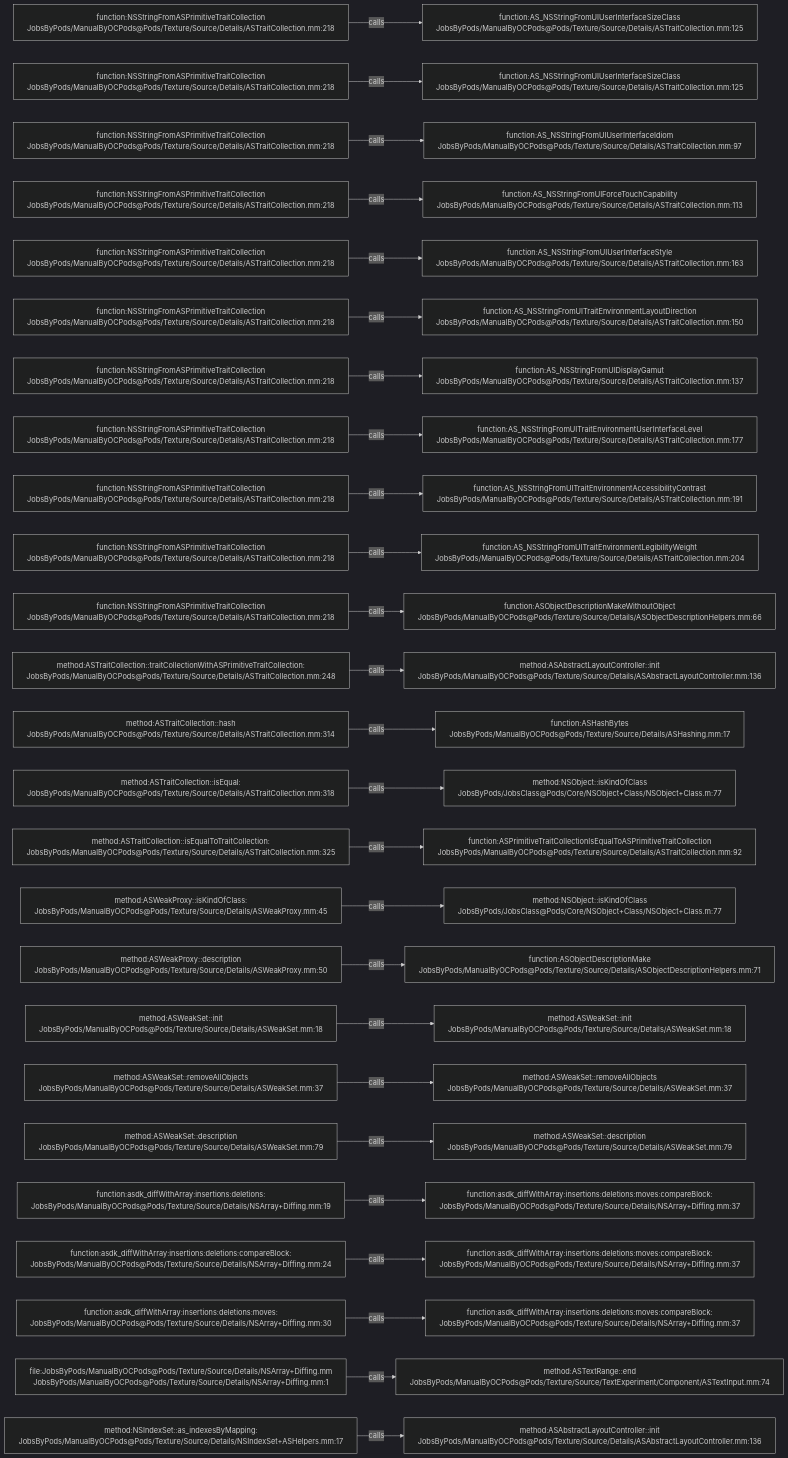
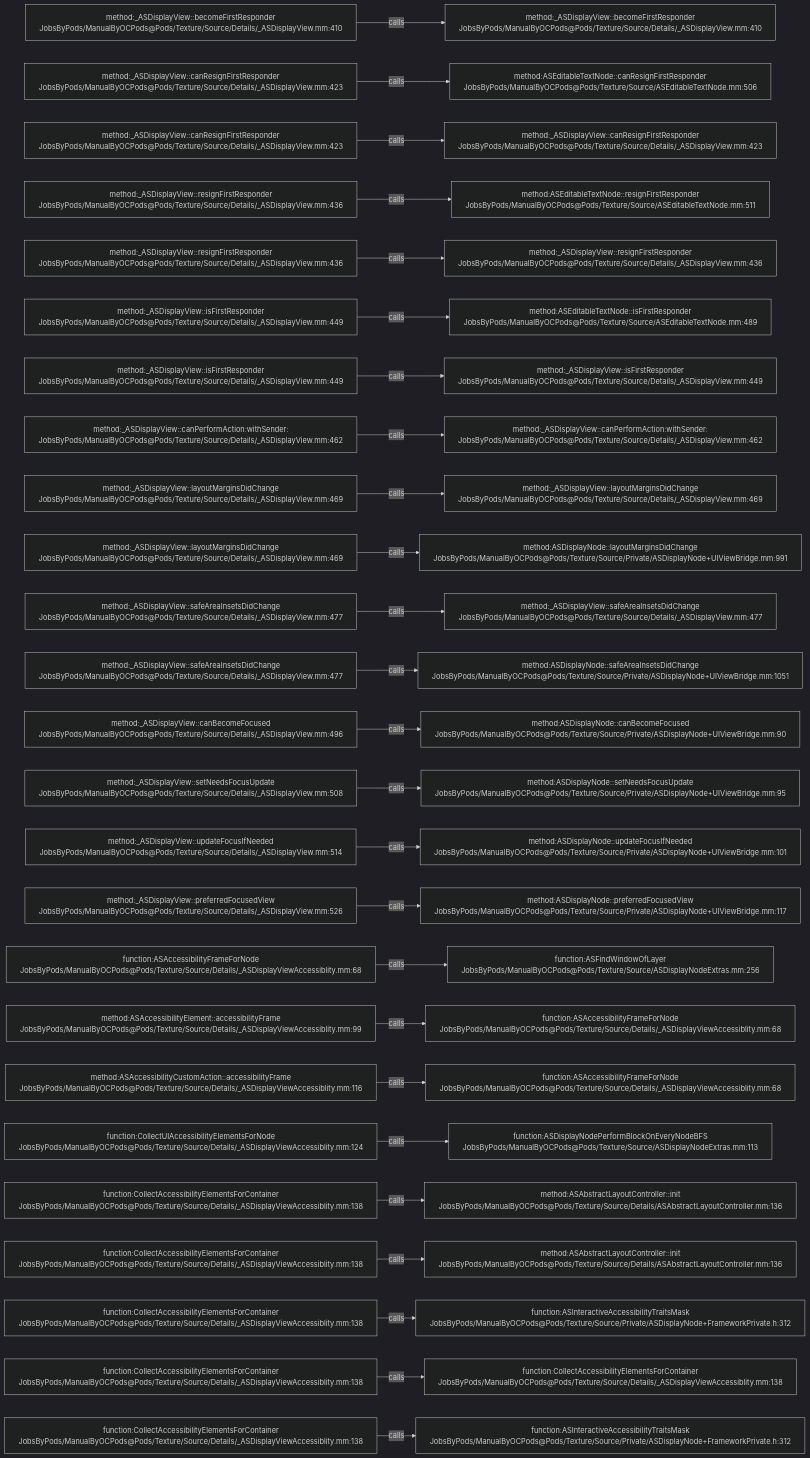
One commit to JobsKits/JobsOCBaseConfigDemo changed the diagram in .codegraph/codegraph.md/graphs/calls-165.md. Above: the diagram before and after it, drawn with Mermaid (dark theme). The commit also changed 1448 other files, not shown here.

````diff
--- a/.codegraph/codegraph.md/graphs/calls-165.md
+++ b/.codegraph/codegraph.md/graphs/calls-165.md
@@ -13,78 +13,78 @@
 ```mermaid
 flowchart LR
-  S1["function:NSStringFromASPrimitiveTraitCollection<br/>JobsByPods/ManualByOCPods@Pods/Texture/Source/Details/ASTraitCollection.mm:218"]
-  T1["function:AS_NSStringFromUIUserInterfaceSizeClass<br/>JobsByPods/ManualByOCPods@Pods/Texture/Source/Details/ASTraitCollection.mm:125"]
+  S1["method:_ASDisplayView::becomeFirstResponder<br/>JobsByPods/ManualByOCPods@Pods/Texture/Source/Details/_ASDisplayView.mm:410"]
+  T1["method:_ASDisplayView::becomeFirstResponder<br/>JobsByPods/ManualByOCPods@Pods/Texture/Source/Details/_ASDisplayView.mm:410"]
   S1 -->|calls| T1
-  S2["function:NSStringFromASPrimitiveTraitCollection<br/>JobsByPods/ManualByOCPods@Pods/Texture/Source/Details/ASTraitCollection.mm:218"]
-  T2["function:AS_NSStringFromUIUserInterfaceSizeClass<br/>JobsByPods/ManualByOCPods@Pods/Texture/Source/Details/ASTraitCollection.mm:125"]
+  S2["method:_ASDisplayView::canResignFirstResponder<br/>JobsByPods/ManualByOCPods@Pods/Texture/Source/Details/_ASDisplayView.mm:423"]
+  T2["method:ASEditableTextNode::canResignFirstResponder<br/>JobsByPods/ManualByOCPods@Pods/Texture/Source/ASEditableTextNode.mm:506"]
   S2 -->|calls| T2
-  S3["function:NSStringFromASPrimitiveTraitCollection<br/>JobsByPods/ManualByOCPods@Pods/Texture/Source/Details/ASTraitCollection.mm:218"]
-  T3["function:AS_NSStringFromUIUserInterfaceIdiom<br/>JobsByPods/ManualByOCPods@Pods/Texture/Source/Details/ASTraitCollection.mm:97"]
+  S3["method:_ASDisplayView::canResignFirstResponder<br/>JobsByPods/ManualByOCPods@Pods/Texture/Source/Details/_ASDisplayView.mm:423"]
+  T3["method:_ASDisplayView::canResignFirstResponder<br/>JobsByPods/ManualByOCPods@Pods/Texture/Source/Details/_ASDisplayView.mm:423"]
   S3 -->|calls| T3
-  S4["function:NSStringFromASPrimitiveTraitCollection<br/>JobsByPods/ManualByOCPods@Pods/Texture/Source/Details/ASTraitCollection.mm:218"]
-  T4["function:AS_NSStringFromUIForceTouchCapability<br/>JobsByPods/ManualByOCPods@Pods/Texture/Source/Details/ASTraitCollection.mm:113"]
+  S4["method:_ASDisplayView::resignFirstResponder<br/>JobsByPods/ManualByOCPods@Pods/Texture/Source/Details/_ASDisplayView.mm:436"]
+  T4["method:ASEditableTextNode::resignFirstResponder<br/>JobsByPods/ManualByOCPods@Pods/Texture/Source/ASEditableTextNode.mm:511"]
   S4 -->|calls| T4
-  S5["function:NSStringFromASPrimitiveTraitCollection<br/>JobsByPods/ManualByOCPods@Pods/Texture/Source/Details/ASTraitCollection.mm:218"]
-  T5["function:AS_NSStringFromUIUserInterfaceStyle<br/>JobsByPods/ManualByOCPods@Pods/Texture/Source/Details/ASTraitCollection.mm:163"]
+  S5["method:_ASDisplayView::resignFirstResponder<br/>JobsByPods/ManualByOCPods@Pods/Texture/Source/Details/_ASDisplayView.mm:436"]
+  T5["method:_ASDisplayView::resignFirstResponder<br/>JobsByPods/ManualByOCPods@Pods/Texture/Source/Details/_ASDisplayView.mm:436"]
   S5 -->|calls| T5
-  S6["function:NSStringFromASPrimitiveTraitCollection<br/>JobsByPods/ManualByOCPods@Pods/Texture/Source/Details/ASTraitCollection.mm:218"]
-  T6["function:AS_NSStringFromUITraitEnvironmentLayoutDirection<br/>JobsByPods/ManualByOCPods@Pods/Texture/Source/Details/ASTraitCollection.mm:150"]
+  S6["method:_ASDisplayView::isFirstResponder<br/>JobsByPods/ManualByOCPods@Pods/Texture/Source/Details/_ASDisplayView.mm:449"]
+  T6["method:ASEditableTextNode::isFirstResponder<br/>JobsByPods/ManualByOCPods@Pods/Texture/Source/ASEditableTextNode.mm:489"]
   S6 -->|calls| T6
-  S7["function:NSStringFromASPrimitiveTraitCollection<br/>JobsByPods/ManualByOCPods@Pods/Texture/Source/Details/ASTraitCollection.mm:218"]
-  T7["function:AS_NSStringFromUIDisplayGamut<br/>JobsByPods/ManualByOCPods@Pods/Texture/Source/Details/ASTraitCollection.mm:137"]
+  S7["method:_ASDisplayView::isFirstResponder<br/>JobsByPods/ManualByOCPods@Pods/Texture/Source/Details/_ASDisplayView.mm:449"]
+  T7["method:_ASDisplayView::isFirstResponder<br/>JobsByPods/ManualByOCPods@Pods/Texture/Source/Details/_ASDisplayView.mm:449"]
   S7 -->|calls| T7
-  S8["function:NSStringFromASPrimitiveTraitCollection<br/>JobsByPods/ManualByOCPods@Pods/Texture/Source/Details/ASTraitCollection.mm:218"]
-  T8["function:AS_NSStringFromUITraitEnvironmentUserInterfaceLevel<br/>JobsByPods/ManualByOCPods@Pods/Texture/Source/Details/ASTraitCollection.mm:177"]
+  S8["method:_ASDisplayView::canPerformAction:withSender:<br/>JobsByPods/ManualByOCPods@Pods/Texture/Source/Details/_ASDisplayView.mm:462"]
+  T8["method:_ASDisplayView::canPerformAction:withSender:<br/>JobsByPods/ManualByOCPods@Pods/Texture/Source/Details/_ASDisplayView.mm:462"]
   S8 -->|calls| T8
-  S9["function:NSStringFromASPrimitiveTraitCollection<br/>JobsByPods/ManualByOCPods@Pods/Texture/Source/Details/ASTraitCollection.mm:218"]
-  T9["function:AS_NSStringFromUITraitEnvironmentAccessibilityContrast<br/>JobsByPods/ManualByOCPods@Pods/Texture/Source/Details/ASTraitCollection.mm:191"]
+  S9["method:_ASDisplayView::layoutMarginsDidChange<br/>JobsByPods/ManualByOCPods@Pods/Texture/Source/Details/_ASDisplayView.mm:469"]
+  T9["method:_ASDisplayView::layoutMarginsDidChange<br/>JobsByPods/ManualByOCPods@Pods/Texture/Source/Details/_ASDisplayView.mm:469"]
   S9 -->|calls| T9
-  S10["function:NSStringFromASPrimitiveTraitCollection<br/>JobsByPods/ManualByOCPods@Pods/Texture/Source/Details/ASTraitCollection.mm:218"]
-  T10["function:AS_NSStringFromUITraitEnvironmentLegibilityWeight<br/>JobsByPods/ManualByOCPods@Pods/Texture/Source/Details/ASTraitCollection.mm:204"]
+  S10["method:_ASDisplayView::layoutMarginsDidChange<br/>JobsByPods/ManualByOCPods@Pods/Texture/Source/Details/_ASDisplayView.mm:469"]
+  T10["method:ASDisplayNode::layoutMarginsDidChange<br/>JobsByPods/ManualByOCPods@Pods/Texture/Source/Private/ASDisplayNode+UIViewBridge.mm:991"]
   S10 -->|calls| T10
-  S11["function:NSStringFromASPrimitiveTraitCollection<br/>JobsByPods/ManualByOCPods@Pods/Texture/Source/Details/ASTraitCollection.mm:218"]
-  T11["function:ASObjectDescriptionMakeWithoutObject<br/>JobsByPods/ManualByOCPods@Pods/Texture/Source/Details/ASObjectDescriptionHelpers.mm:66"]
+  S11["method:_ASDisplayView::safeAreaInsetsDidChange<br/>JobsByPods/ManualByOCPods@Pods/Texture/Source/Details/_ASDisplayView.mm:477"]
+  T11["method:_ASDisplayView::safeAreaInsetsDidChange<br/>JobsByPods/ManualByOCPods@Pods/Texture/Source/Details/_ASDisplayView.mm:477"]
   S11 -->|calls| T11
-  S12["method:ASTraitCollection::traitCollectionWithASPrimitiveTraitCollection:<br/>JobsByPods/ManualByOCPods@Pods/Texture/Source/Details/ASTraitCollection.mm:248"]
-  T12["method:ASAbstractLayoutController::init<br/>JobsByPods/ManualByOCPods@Pods/Texture/Source/Details/ASAbstractLayoutController.mm:136"]
+  S12["method:_ASDisplayView::safeAreaInsetsDidChange<br/>JobsByPods/ManualByOCPods@Pods/Texture/Source/Details/_ASDisplayView.mm:477"]
+  T12["method:ASDisplayNode::safeAreaInsetsDidChange<br/>JobsByPods/ManualByOCPods@Pods/Texture/Source/Private/ASDisplayNode+UIViewBridge.mm:1051"]
   S12 -->|calls| T12
-  S13["method:ASTraitCollection::hash<br/>JobsByPods/ManualByOCPods@Pods/Texture/Source/Details/ASTraitCollection.mm:314"]
-  T13["function:ASHashBytes<br/>JobsByPods/ManualByOCPods@Pods/Texture/Source/Details/ASHashing.mm:17"]
+  S13["method:_ASDisplayView::canBecomeFocused<br/>JobsByPods/ManualByOCPods@Pods/Texture/Source/Details/_ASDisplayView.mm:496"]
+  T13["method:ASDisplayNode::canBecomeFocused<br/>JobsByPods/ManualByOCPods@Pods/Texture/Source/Private/ASDisplayNode+UIViewBridge.mm:90"]
   S13 -->|calls| T13
-  S14["method:ASTraitCollection::isEqual:<br/>JobsByPods/ManualByOCPods@Pods/Texture/Source/Details/ASTraitCollection.mm:318"]
-  T14["method:NSObject::isKindOfClass<br/>JobsByPods/JobsClass@Pods/Core/NSObject+Class/NSObject+Class.m:77"]
+  S14["method:_ASDisplayView::setNeedsFocusUpdate<br/>JobsByPods/ManualByOCPods@Pods/Texture/Source/Details/_ASDisplayView.mm:508"]
+  T14["method:ASDisplayNode::setNeedsFocusUpdate<br/>JobsByPods/ManualByOCPods@Pods/Texture/Source/Private/ASDisplayNode+UIViewBridge.mm:95"]
   S14 -->|calls| T14
-  S15["method:ASTraitCollection::isEqualToTraitCollection:<br/>JobsByPods/ManualByOCPods@Pods/Texture/Source/Details/ASTraitCollection.mm:325"]
-  T15["function:ASPrimitiveTraitCollectionIsEqualToASPrimitiveTraitCollection<br/>JobsByPods/ManualByOCPods@Pods/Texture/Source/Details/ASTraitCollection.mm:92"]
+  S15["method:_ASDisplayView::updateFocusIfNeeded<br/>JobsByPods/ManualByOCPods@Pods/Texture/Source/Details/_ASDisplayView.mm:514"]
+  T15["method:ASDisplayNode::updateFocusIfNeeded<br/>JobsByPods/ManualByOCPods@Pods/Texture/Source/Private/ASDisplayNode+UIViewBridge.mm:101"]
   S15 -->|calls| T15
-  S16["method:ASWeakProxy::isKindOfClass:<br/>JobsByPods/ManualByOCPods@Pods/Texture/Source/Details/ASWeakProxy.mm:45"]
-  T16["method:NSObject::isKindOfClass<br/>JobsByPods/JobsClass@Pods/Core/NSObject+Class/NSObject+Class.m:77"]
+  S16["method:_ASDisplayView::preferredFocusedView<br/>JobsByPods/ManualByOCPods@Pods/Texture/Source/Details/_ASDisplayView.mm:526"]
+  T16["method:ASDisplayNode::preferredFocusedView<br/>JobsByPods/ManualByOCPods@Pods/Texture/Source/Private/ASDisplayNode+UIViewBridge.mm:117"]
   S16 -->|calls| T16
-  S17["method:ASWeakProxy::description<br/>JobsByPods/ManualByOCPods@Pods/Texture/Source/Details/ASWeakProxy.mm:50"]
-  T17["function:ASObjectDescriptionMake<br/>JobsByPods/ManualByOCPods@Pods/Texture/Source/Details/ASObjectDescriptionHelpers.mm:71"]
+  S17["function:ASAccessibilityFrameForNode<br/>JobsByPods/ManualByOCPods@Pods/Texture/Source/Details/_ASDisplayViewAccessiblity.mm:68"]
+  T17["function:ASFindWindowOfLayer<br/>JobsByPods/ManualByOCPods@Pods/Texture/Source/ASDisplayNodeExtras.mm:256"]
   S17 -->|calls| T17
-  S18["method:ASWeakSet::init<br/>JobsByPods/ManualByOCPods@Pods/Texture/Source/Details/ASWeakSet.mm:18"]
-  T18["method:ASWeakSet::init<br/>JobsByPods/ManualByOCPods@Pods/Texture/Source/Details/ASWeakSet.mm:18"]
+  S18["method:ASAccessibilityElement::accessibilityFrame<br/>JobsByPods/ManualByOCPods@Pods/Texture/Source/Details/_ASDisplayViewAccessiblity.mm:99"]
+  T18["function:ASAccessibilityFrameForNode<br/>JobsByPods/ManualByOCPods@Pods/Texture/Source/Details/_ASDisplayViewAccessiblity.mm:68"]
   S18 -->|calls| T18
-  S19["method:ASWeakSet::removeAllObjects<br/>JobsByPods/ManualByOCPods@Pods/Texture/Source/Details/ASWeakSet.mm:37"]
-  T19["method:ASWeakSet::removeAllObjects<br/>JobsByPods/ManualByOCPods@Pods/Texture/Source/Details/ASWeakSet.mm:37"]
+  S19["method:ASAccessibilityCustomAction::accessibilityFrame<br/>JobsByPods/ManualByOCPods@Pods/Texture/Source/Details/_ASDisplayViewAccessiblity.mm:116"]
+  T19["function:ASAccessibilityFrameForNode<br/>JobsByPods/ManualByOCPods@Pods/Texture/Source/Details/_ASDisplayViewAccessiblity.mm:68"]
   S19 -->|calls| T19
-  S20["method:ASWeakSet::description<br/>JobsByPods/ManualByOCPods@Pods/Texture/Source/Details/ASWeakSet.mm:79"]
-  T20["method:ASWeakSet::description<br/>JobsByPods/ManualByOCPods@Pods/Texture/Source/Details/ASWeakSet.mm:79"]
+  S20["function:CollectUIAccessibilityElementsForNode<br/>JobsByPods/ManualByOCPods@Pods/Texture/Source/Details/_ASDisplayViewAccessiblity.mm:124"]
+  T20["function:ASDisplayNodePerformBlockOnEveryNodeBFS<br/>JobsByPods/ManualByOCPods@Pods/Texture/Source/ASDisplayNodeExtras.mm:113"]
   S20 -->|calls| T20
-  S21["function:asdk_diffWithArray:insertions:deletions:<br/>JobsByPods/ManualByOCPods@Pods/Texture/Source/Details/NSArray+Diffing.mm:19"]
-  T21["function:asdk_diffWithArray:insertions:deletions:moves:compareBlock:<br/>JobsByPods/ManualByOCPods@Pods/Texture/Source/Details/NSArray+Diffing.mm:37"]
+  S21["function:CollectAccessibilityElementsForContainer<br/>JobsByPods/ManualByOCPods@Pods/Texture/Source/Details/_ASDisplayViewAccessiblity.mm:138"]
+  T21["method:ASAbstractLayoutController::init<br/>JobsByPods/ManualByOCPods@Pods/Texture/Source/Details/ASAbstractLayoutController.mm:136"]
   S21 -->|calls| T21
-  S22["function:asdk_diffWithArray:insertions:deletions:compareBlock:<br/>JobsByPods/ManualByOCPods@Pods/Texture/Source/Details/NSArray+Diffing.mm:24"]
-  T22["function:asdk_diffWithArray:insertions:deletions:moves:compareBlock:<br/>JobsByPods/ManualByOCPods@Pods/Texture/Source/Details/NSArray+Diffing.mm:37"]
+  S22["function:CollectAccessibilityElementsForContainer<br/>JobsByPods/ManualByOCPods@Pods/Texture/Source/Details/_ASDisplayViewAccessiblity.mm:138"]
+  T22["method:ASAbstractLayoutController::init<br/>JobsByPods/ManualByOCPods@Pods/Texture/Source/Details/ASAbstractLayoutController.mm:136"]
   S22 -->|calls| T22
-  S23["function:asdk_diffWithArray:insertions:deletions:moves:<br/>JobsByPods/ManualByOCPods@Pods/Texture/Source/Details/NSArray+Diffing.mm:30"]
-  T23["function:asdk_diffWithArray:insertions:deletions:moves:compareBlock:<br/>JobsByPods/ManualByOCPods@Pods/Texture/Source/Details/NSArray+Diffing.mm:37"]
+  S23["function:CollectAccessibilityElementsForContainer<br/>JobsByPods/ManualByOCPods@Pods/Texture/Source/Details/_ASDisplayViewAccessiblity.mm:138"]
+  T23["function:ASInteractiveAccessibilityTraitsMask<br/>JobsByPods/ManualByOCPods@Pods/Texture/Source/Private/ASDisplayNode+FrameworkPrivate.h:312"]
   S23 -->|calls| T23
-  S24["file:JobsByPods/ManualByOCPods@Pods/Texture/Source/Details/NSArray+Diffing.mm<br/>JobsByPods/ManualByOCPods@Pods/Texture/Source/Details/NSArray+Diffing.mm:1"]
-  T24["method:ASTextRange::end<br/>JobsByPods/ManualByOCPods@Pods/Texture/Source/TextExperiment/Component/ASTextInput.mm:74"]
+  S24["function:CollectAccessibilityElementsForContainer<br/>JobsByPods/ManualByOCPods@Pods/Texture/Source/Details/_ASDisplayViewAccessiblity.mm:138"]
+  T24["function:CollectAccessibilityElementsForContainer<br/>JobsByPods/ManualByOCPods@Pods/Texture/Source/Details/_ASDisplayViewAccessiblity.mm:138"]
   S24 -->|calls| T24
-  S25["method:NSIndexSet::as_indexesByMapping:<br/>JobsByPods/ManualByOCPods@Pods/Texture/Source/Details/NSIndexSet+ASHelpers.mm:17"]
-  T25["method:ASAbstractLayoutController::init<br/>JobsByPods/ManualByOCPods@Pods/Texture/Source/Details/ASAbstractLayoutController.mm:136"]
+  S25["function:CollectAccessibilityElementsForContainer<br/>JobsByPods/ManualByOCPods@Pods/Texture/Source/Details/_ASDisplayViewAccessiblity.mm:138"]
+  T25["function:ASInteractiveAccessibilityTraitsMask<br/>JobsByPods/ManualByOCPods@Pods/Texture/Source/Private/ASDisplayNode+FrameworkPrivate.h:312"]
   S25 -->|calls| T25
 ```
````
